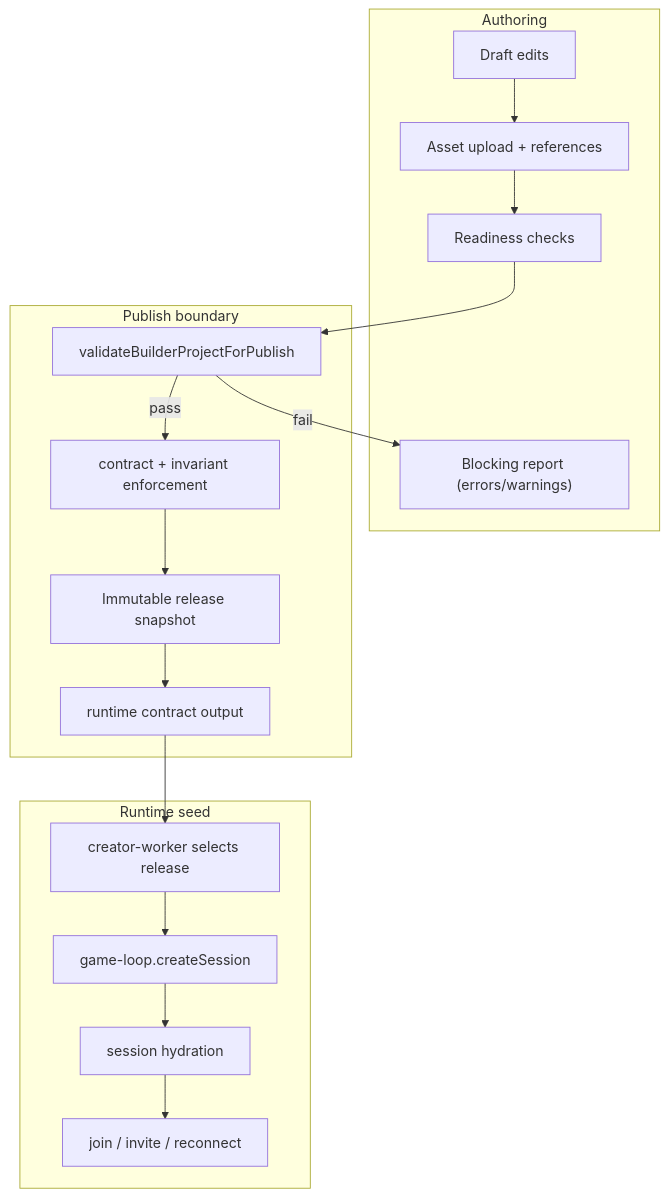
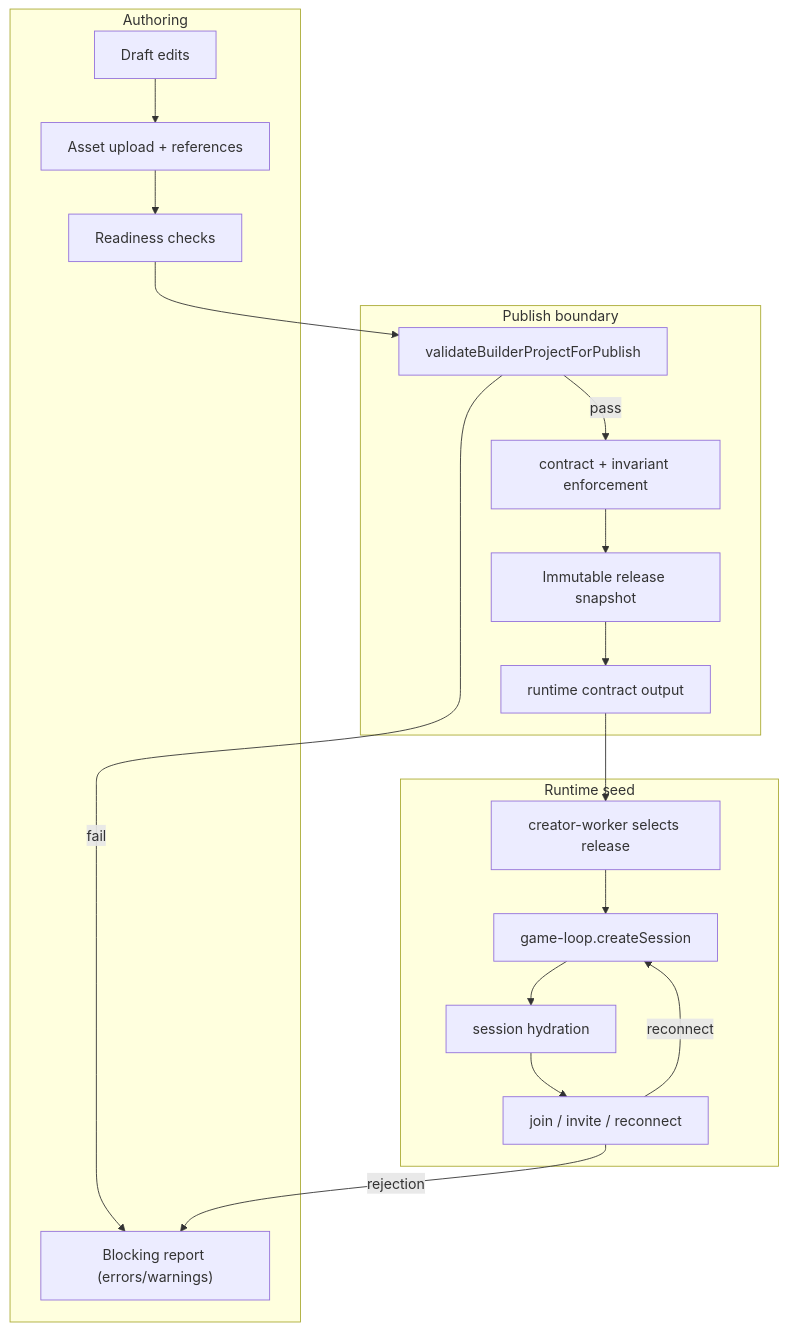
Before and after one commit to d4551/tea: the fifth of 14 diagrams in README.md, drawn with Mermaid. The commit also changed other lines of this file and 2 other files, not shown here.

````diff
--- a/README.md
+++ b/README.md
@@ -299,28 +326,30 @@
 ```mermaid
 flowchart TD
   subgraph Authoring["Authoring"]
     A_Draft["Draft edits"]
     A_Asset["Asset upload + references"]
     A_Audit["Readiness checks"]
     A_Report["Blocking report (errors/warnings)"]
   end
 
   subgraph Publish["Publish boundary"]
     P_Validate["validateBuilderProjectForPublish"]
     P_Contract["contract + invariant enforcement"]
     P_Release["Immutable release snapshot"]
     P_Output["runtime contract output"]
   end
 
   subgraph Runtime["Runtime seed"]
     R_Create["creator-worker selects release"]
     R_Session["game-loop.createSession"]
     R_Hydrate["session hydration"]
     R_Join["join / invite / reconnect"]
   end
 
   A_Draft --> A_Asset --> A_Audit --> P_Validate
   P_Validate -->|pass| P_Contract --> P_Release --> P_Output --> R_Create
   P_Validate -->|fail| A_Report
   R_Create --> R_Session --> R_Hydrate --> R_Join
+  R_Join -->|reconnect| R_Session
+  R_Join -->|rejection| A_Report
 ```
````
